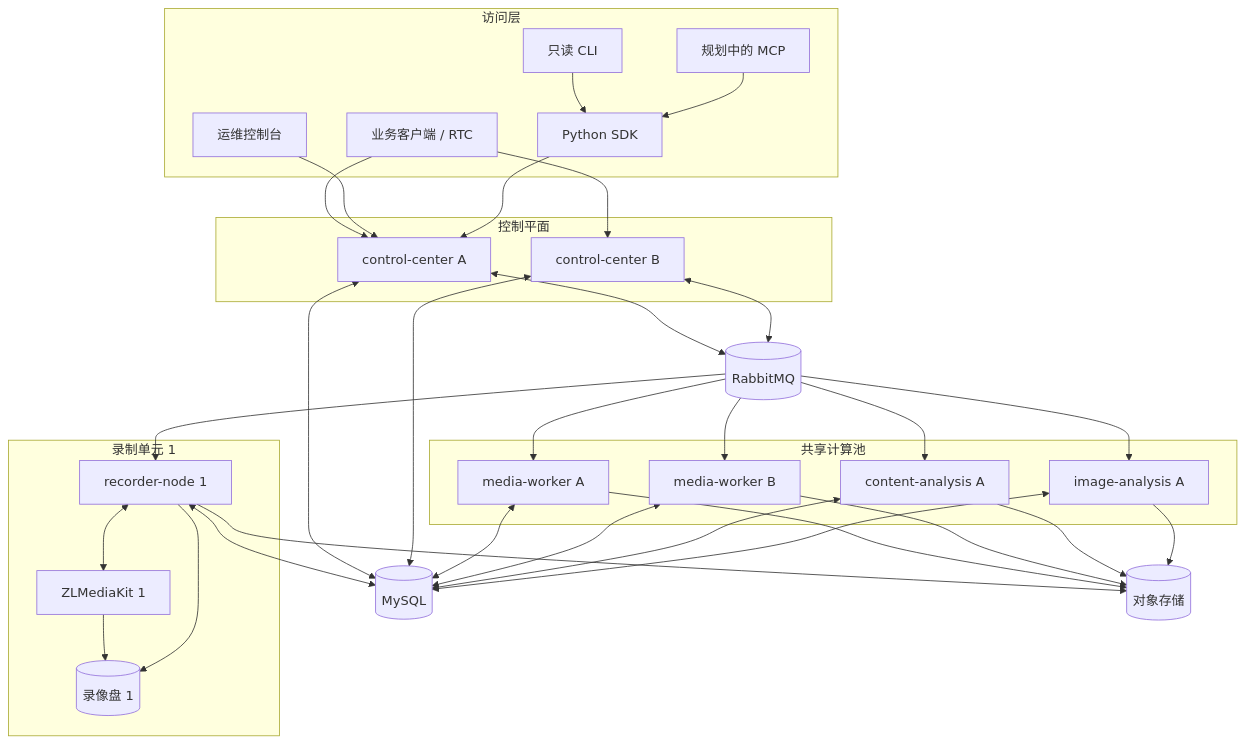
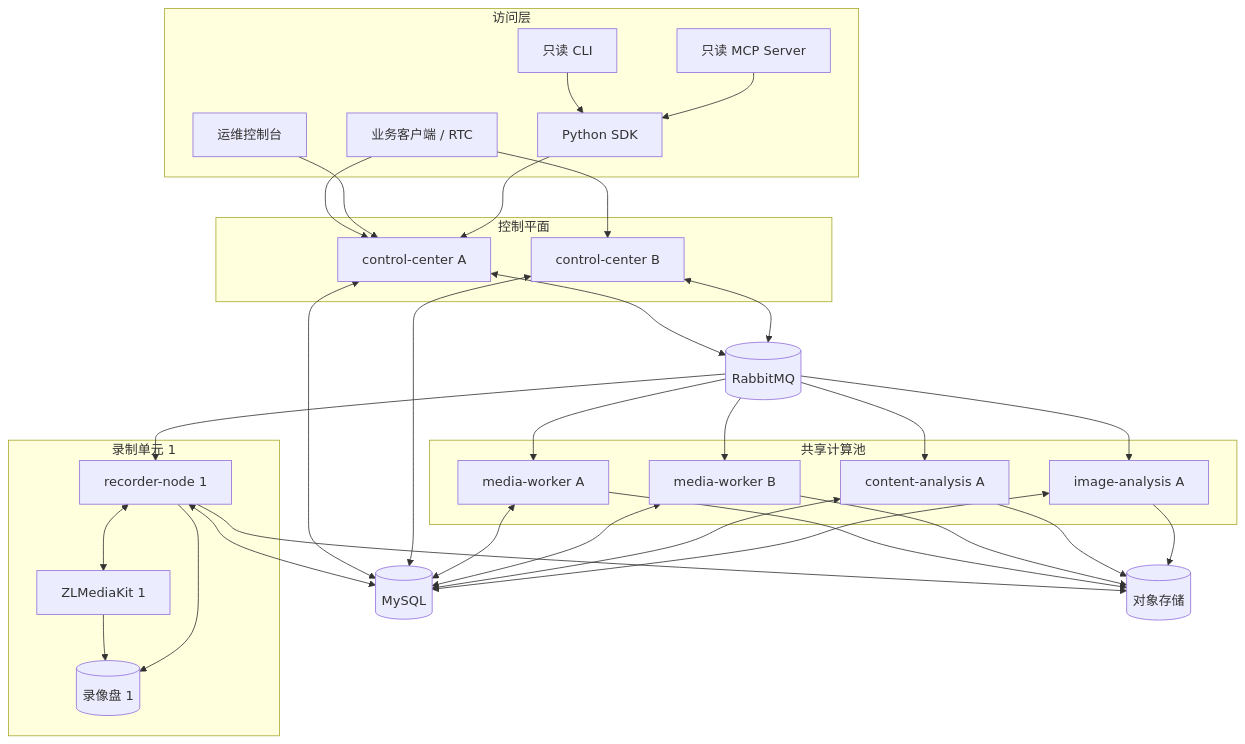
The first of 2 diagrams in docs/architecture/overview.md (huxiaodong1989/MediaFleet), drawn with Mermaid before and after one commit. The commit also changed 23 other files, not shown here.

Commit message:
feat: 添加 MediaFleet 只读 MCP Server

````diff
--- a/docs/architecture/overview.md
+++ b/docs/architecture/overview.md
@@ -92,61 +92,61 @@
 ```mermaid
 flowchart TB
     subgraph Access[访问层]
         Client[业务客户端 / RTC]
         Ops[运维控制台]
         SDK[Python SDK]
         CLI[只读 CLI]
-        Future[规划中的 MCP]
+        MCP[只读 MCP Server]
     end
 
     subgraph ControlPlane[控制平面]
         C1[control-center A]
         C2[control-center B]
     end
 
     DB[(MySQL)]
     MQ[(RabbitMQ)]
     Store[(对象存储)]
 
     subgraph RecordingUnit1[录制单元 1]
         R1[recorder-node 1]
         Z1[ZLMediaKit 1]
         D1[(录像盘 1)]
     end
 
     subgraph Compute[共享计算池]
         W1[media-worker A]
         W2[media-worker B]
         A1[content-analysis A]
         I1[image-analysis A]
     end
 
     Client --> C1
     Client --> C2
     Ops --> C1
     SDK --> C1
     CLI --> SDK
-    Future --> SDK
+    MCP --> SDK
     C1 <--> DB
     C2 <--> DB
     C1 <--> MQ
     C2 <--> MQ
     MQ --> R1
     MQ --> W1
     MQ --> W2
     MQ --> A1
     MQ --> I1
     R1 <--> Z1
     Z1 --> D1
     R1 --> D1
     R1 --> Store
     W1 --> Store
     W2 --> Store
     A1 --> Store
     I1 --> Store
     R1 <--> DB
     W1 <--> DB
     W2 <--> DB
     A1 <--> DB
     I1 <--> DB
 ```
````
